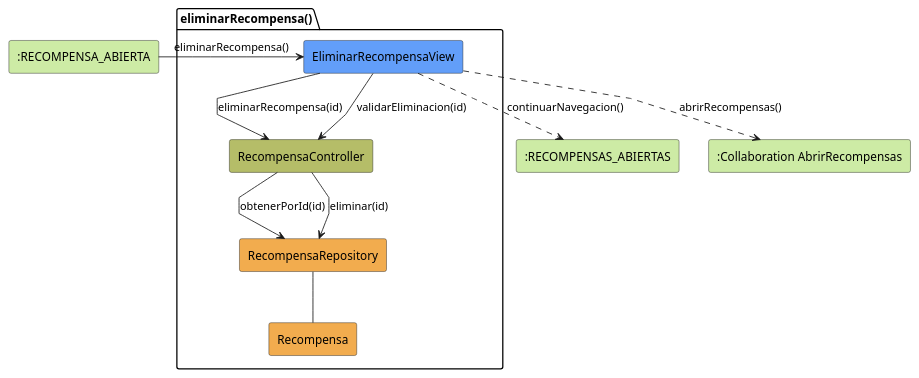
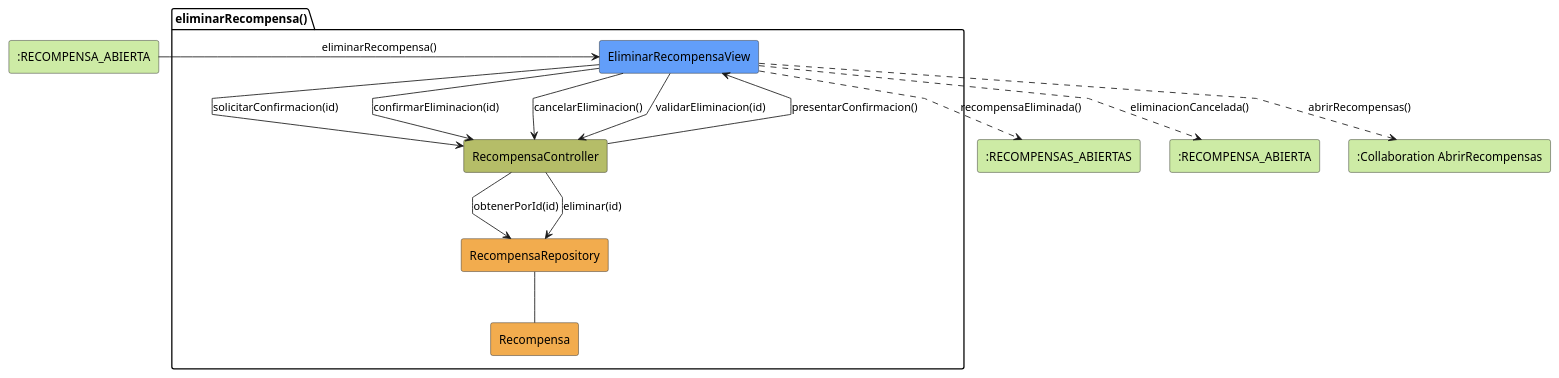
The diagram in RUP/01-analisis/casos-uso/coordinador/eliminarRecompensa/colaboracion.puml (beatriizorozco/25-26-idsw2-sdVC), drawn with PlantUML before and after one commit. The commit also changed 29 other files, not shown here.

Commit message:
docs(analisis): exigir confirmacion en casos de eliminacion

```diff
--- a/RUP/01-analisis/casos-uso/coordinador/eliminarRecompensa/colaboracion.puml
+++ b/RUP/01-analisis/casos-uso/coordinador/eliminarRecompensa/colaboracion.puml
@@ -1,25 +1,30 @@
 @startuml eliminarRecompensa-analisis
 skinparam linetype polyline
 
 rectangle #CDEBA5 ":RECOMPENSA_ABIERTA" as EstadoEntrada
 package eliminarRecompensa as "eliminarRecompensa()" {
     rectangle #629EF9 EliminarRecompensaView
     rectangle #b5bd68 RecompensaController
     rectangle #F2AC4E RecompensaRepository
     rectangle #F2AC4E Recompensa
 }
 
-rectangle #CDEBA5 ":RECOMPENSAS_ABIERTAS" as EstadoSalida
+rectangle #CDEBA5 ":RECOMPENSAS_ABIERTAS" as EstadoSalidaExitosa
+rectangle #CDEBA5 ":RECOMPENSA_ABIERTA" as EstadoSalidaCancelada
 rectangle #CDEBA5 ":Collaboration AbrirRecompensas" as AbrirRecompensas
 
 EstadoEntrada -r-> EliminarRecompensaView: eliminarRecompensa()
 
-EliminarRecompensaView -d-> RecompensaController: eliminarRecompensa(id)
+EliminarRecompensaView -d-> RecompensaController: solicitarConfirmacion(id)
+RecompensaController --> EliminarRecompensaView: presentarConfirmacion()
+EliminarRecompensaView --> RecompensaController: confirmarEliminacion(id)
+EliminarRecompensaView --> RecompensaController: cancelarEliminacion()
 EliminarRecompensaView --> RecompensaController: validarEliminacion(id)
 RecompensaController --> RecompensaRepository: obtenerPorId(id)
 RecompensaController --> RecompensaRepository: eliminar(id)
 RecompensaRepository -- Recompensa
-EliminarRecompensaView ..> EstadoSalida: continuarNavegacion()
+EliminarRecompensaView ..> EstadoSalidaExitosa: recompensaEliminada()
+EliminarRecompensaView ..> EstadoSalidaCancelada: eliminacionCancelada()
 EliminarRecompensaView ..> AbrirRecompensas: abrirRecompensas()
 
 @enduml
```
